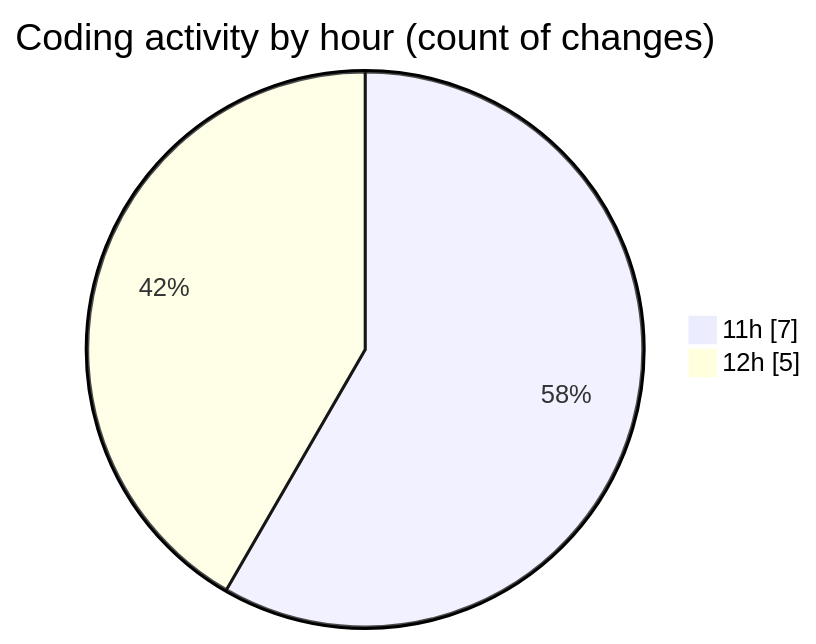
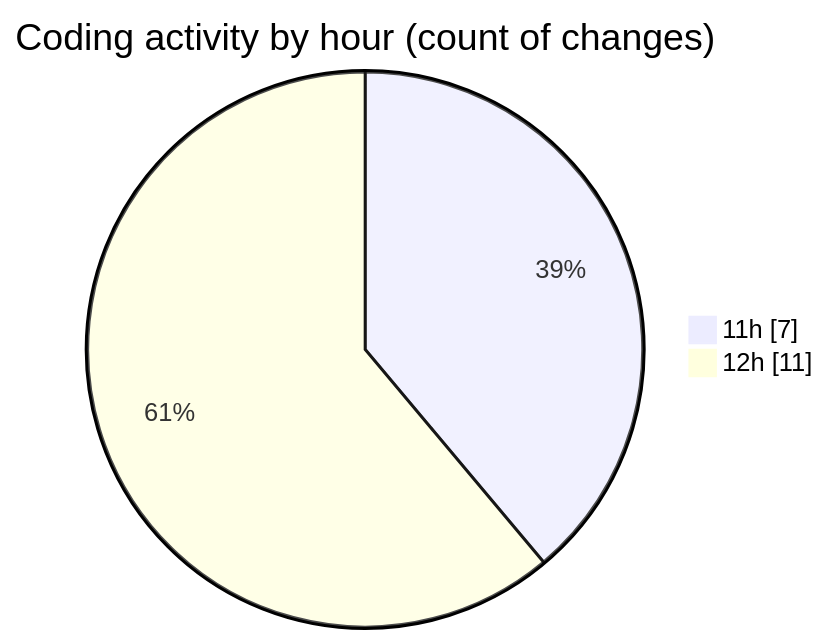
One commit to LanceThiago/code-tracking changed the second of 2 diagrams in 2025-01-08/nueva_carpeta/README.md. Above: the diagram before and after it, drawn with Mermaid. The commit also changed other lines of this file and 1 other file, not shown here.

````diff
--- a/2025-01-08/nueva_carpeta/README.md
+++ b/2025-01-08/nueva_carpeta/README.md
@@ -28,6 +28,6 @@
 ```mermaid
 pie showData
 title Coding activity by hour (count of changes)
 "11h" : 7
-"12h" : 5
+"12h" : 11
 ```
````
